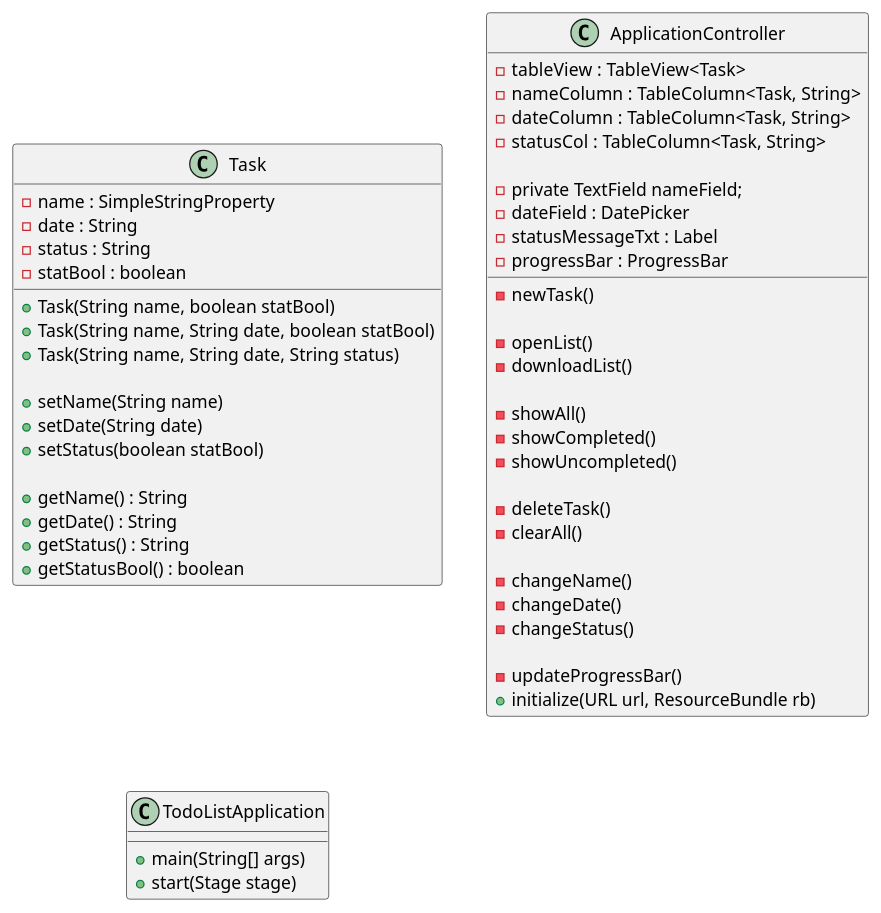
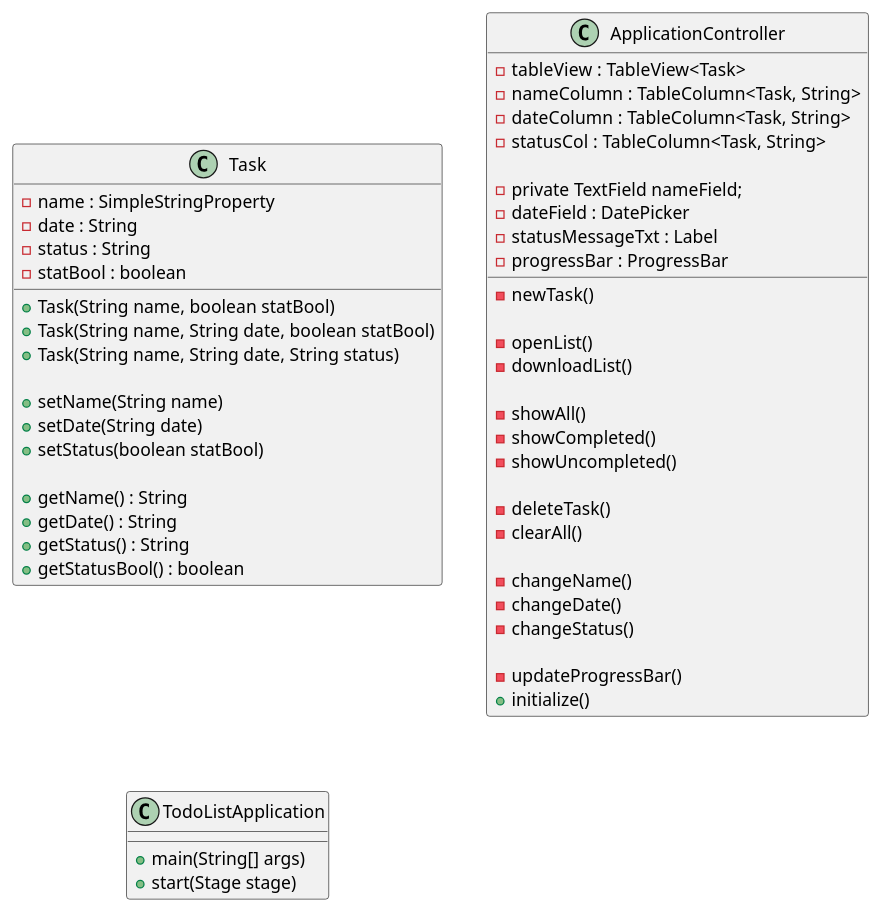
One commit to breemars/marsiano-app1-impl changed the diagram in docs/ApplicationUML.puml. Above: the diagram before and after it, drawn with PlantUML. The commit also changed 5 other files, not shown here.

```diff
--- a/docs/ApplicationUML.puml
+++ b/docs/ApplicationUML.puml
@@ -1,64 +1,64 @@
 @startuml
 
 class Task {
 'attributes
     - name : SimpleStringProperty
     - date : String
     - status : String
     - statBool : boolean
 
 'methods
     +Task(String name, boolean statBool)
     +Task(String name, String date, boolean statBool)
     +Task(String name, String date, String status)
 
     +setName(String name)
     +setDate(String date)
     +setStatus(boolean statBool)
 
     +getName() : String
     +getDate() : String
     +getStatus() : String
     +getStatusBool() : boolean
 }
 
 class ApplicationController{
 'attributes
     - tableView : TableView<Task>
     - nameColumn : TableColumn<Task, String>
     - dateColumn : TableColumn<Task, String>
     - statusCol : TableColumn<Task, String>
 
     - private TextField nameField;
     - dateField : DatePicker
     - statusMessageTxt : Label
     - progressBar : ProgressBar
 
 'methods
     -newTask()
 
     -openList()
     -downloadList()
 
     -showAll()
     -showCompleted()
     -showUncompleted()
 
     -deleteTask()
     -clearAll()
 
     -changeName()
     -changeDate()
     -changeStatus()
 
     -updateProgressBar()
-    +initialize(URL url, ResourceBundle rb)
+    +initialize()
 }
 
 class TodoListApplication{
 'methods
     +main(String[] args)
     +start(Stage stage)
 }
 
 @enduml
```
